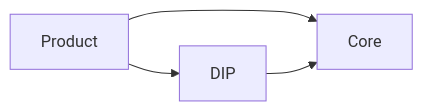
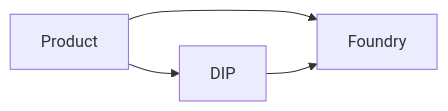
One commit to openbkn-ai/bkn-foundry changed the diagram in rules/ARCHITECTURE.md. Above: the diagram before and after it, drawn with Mermaid. The commit also changed other lines of this file and 3 other files, not shown here.

First line of the commit message:
docs(rules): rename architecture layer Core -> Foundry; drop remaining ISF refs

````diff
--- a/rules/ARCHITECTURE.md
+++ b/rules/ARCHITECTURE.md
@@ -16,6 +16,6 @@
 ```mermaid
 flowchart LR
   Product[Product] --> DIP[DIP]
-  Product --> Core[Core]
-  DIP --> Core
+  Product --> Foundry[Foundry]
+  DIP --> Foundry
 ```
````
